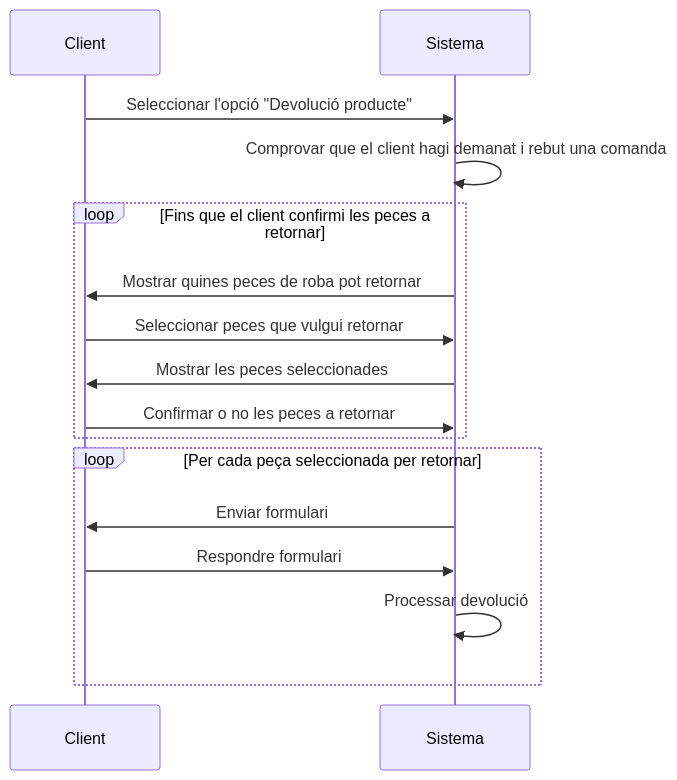
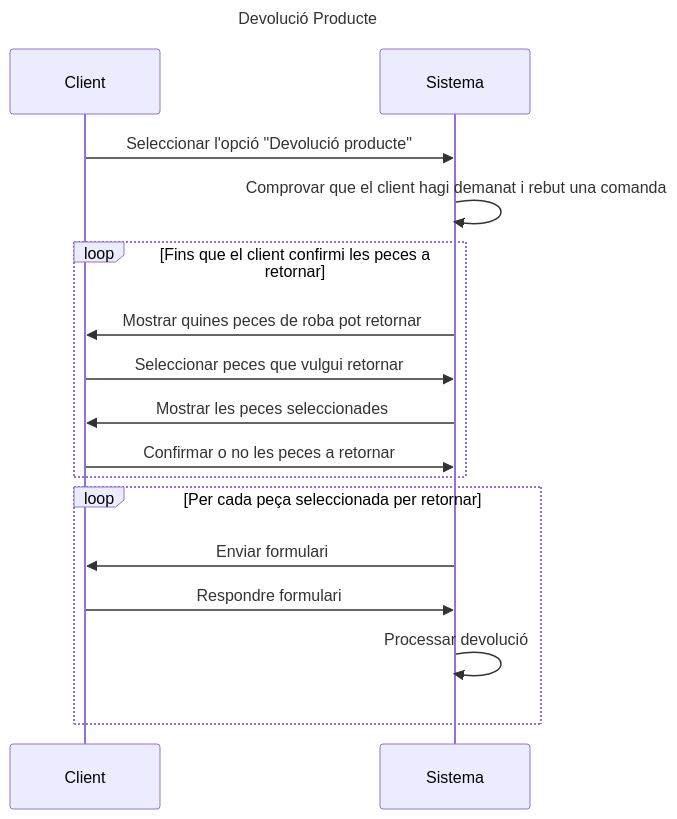
The diagram in Exercici 7/Devolucio-producte.mmd (NIU1638962/EP_Projecte), drawn with Mermaid before and after one commit.

```diff
--- a/Exercici 7/Devolucio-producte.mmd
+++ b/Exercici 7/Devolucio-producte.mmd
@@ -1,16 +1,19 @@
+---
+title: Devolució Producte
+---
 sequenceDiagram
     participant C as Client
     participant S as Sistema
     C->>S: Seleccionar l'opció "Devolució producte"
     S->>S: Comprovar que el client hagi demanat i rebut una comanda
     loop Fins que el client confirmi les peces a retornar
         S->>C: Mostrar quines peces de roba pot retornar
         C->>S: Seleccionar peces que vulgui retornar
         S->>C: Mostrar les peces seleccionades
         C->>S: Confirmar o no les peces a retornar
     end
     loop Per cada peça seleccionada per retornar
         S->>C: Enviar formulari
         C->>S: Respondre formulari
         S->>S: Processar devolució
     end
```
